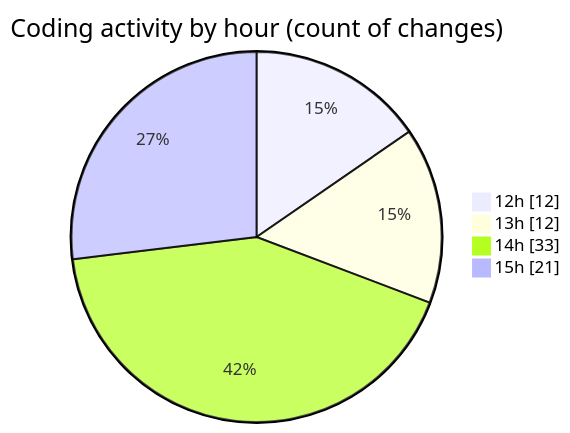
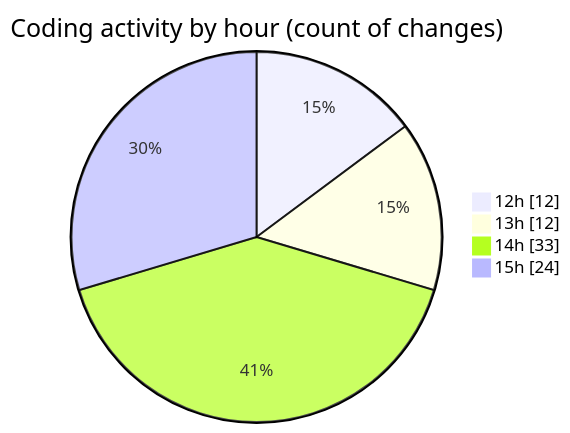
The second of 2 diagrams in 2025-09-24/cda/README.md (momahboobian/code-tracking), drawn with Mermaid before and after one commit. The commit also changed other lines of this file and 1 other file, not shown here.

````diff
--- a/2025-09-24/cda/README.md
+++ b/2025-09-24/cda/README.md
@@ -38,8 +38,8 @@
 ```mermaid
 pie showData
 title Coding activity by hour (count of changes)
 "12h" : 12
 "13h" : 12
 "14h" : 33
-"15h" : 21
+"15h" : 24
 ```
````
